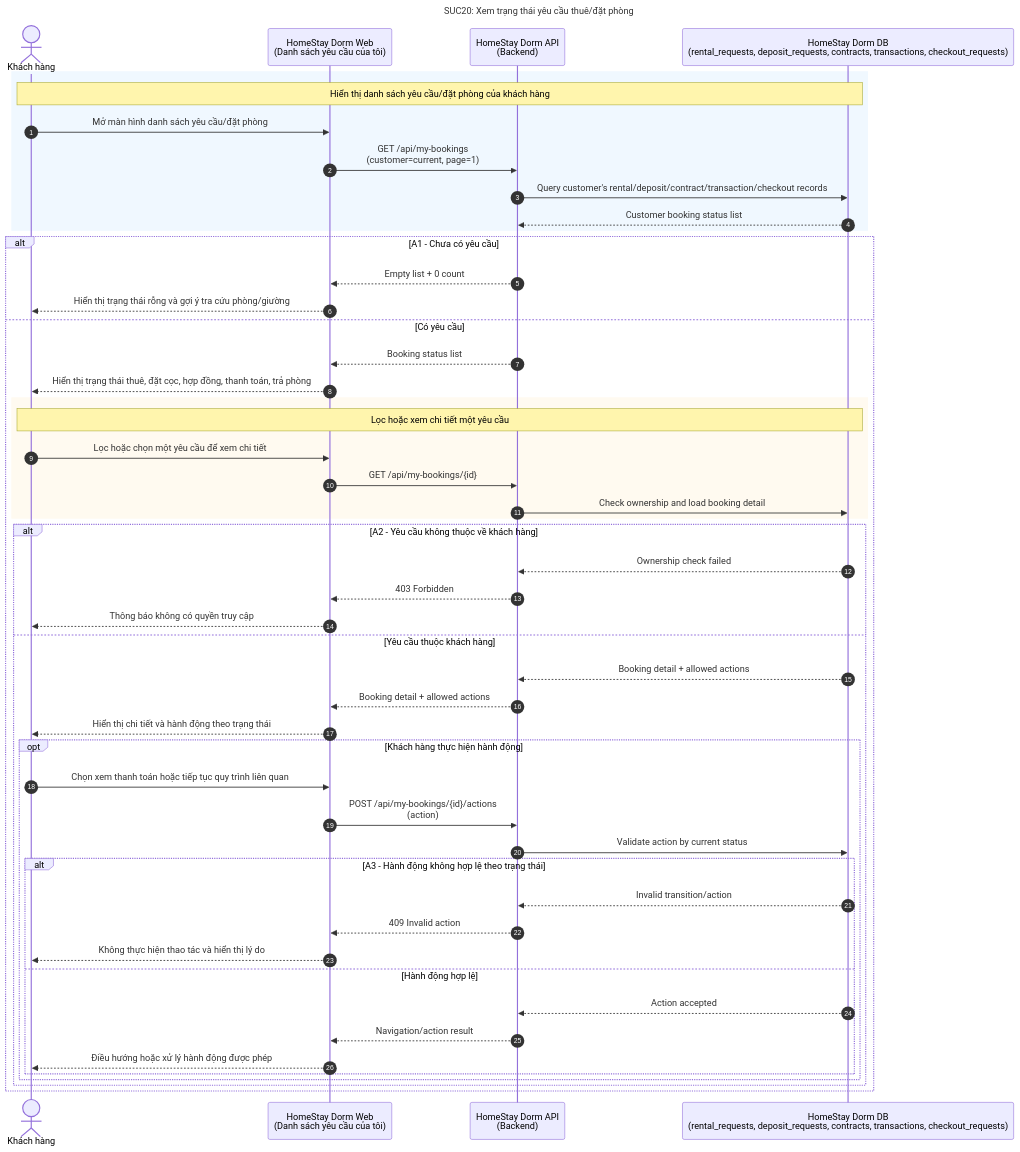
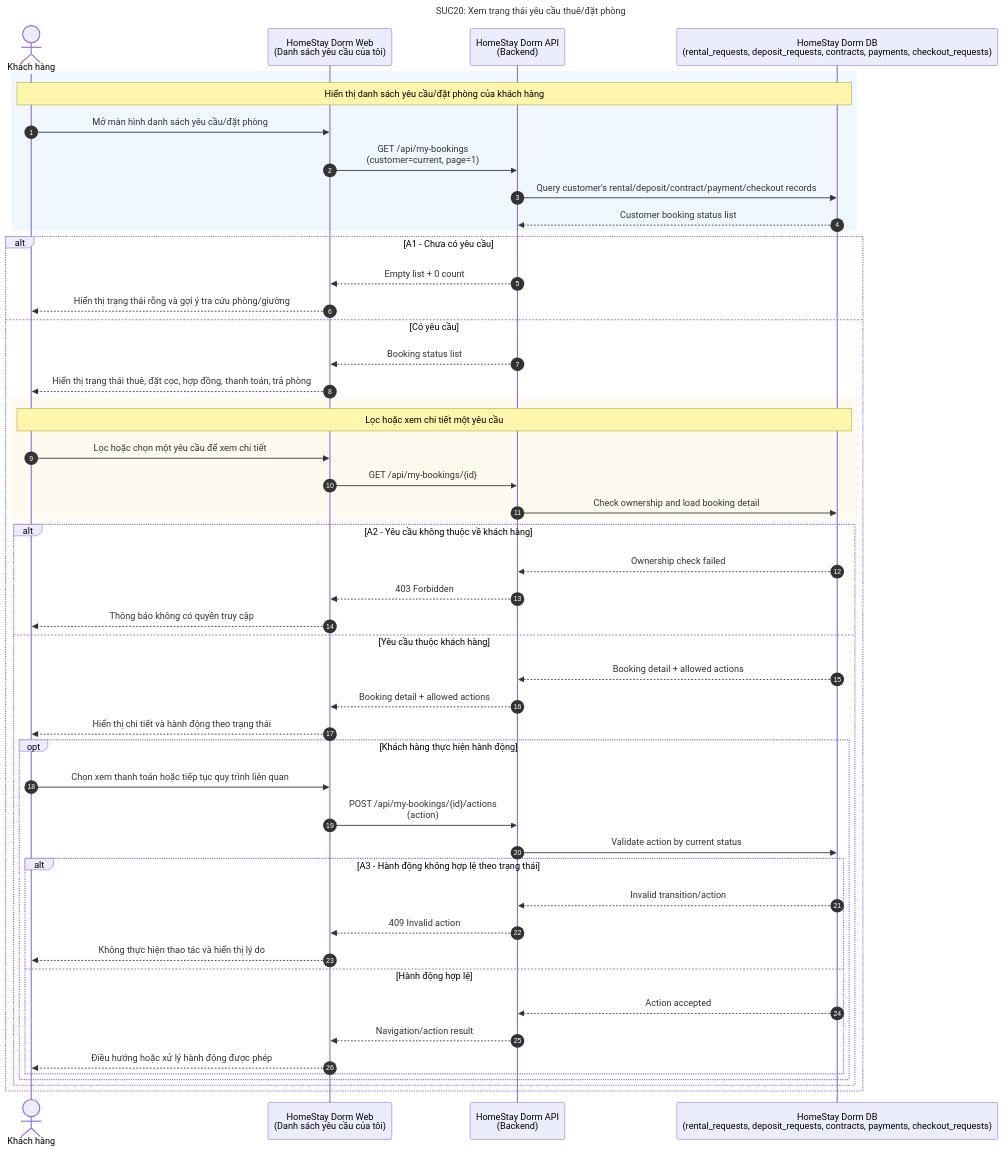
Before and after one commit to dinhdaivu/CSC12004_Information-Systems-Analysis-and-Design: the diagram in docs/SUC/SUC20-xem-trang-thai-yeu-cau-thue-dat-phong.mmd, drawn with Mermaid. The commit also changed 30 other files, not shown here.

Commit message:
docs: change transactions to payments (#8)

```diff
--- a/docs/SUC/SUC20-xem-trang-thai-yeu-cau-thue-dat-phong.mmd
+++ b/docs/SUC/SUC20-xem-trang-thai-yeu-cau-thue-dat-phong.mmd
@@ -1,55 +1,55 @@
 sequenceDiagram
     title SUC20: Xem trạng thái yêu cầu thuê/đặt phòng
     autonumber
     actor C as Khách hàng
     participant Web as HomeStay Dorm Web<br/>(Danh sách yêu cầu của tôi)
     participant API as HomeStay Dorm API<br/>(Backend)
-    participant DB as HomeStay Dorm DB<br/>(rental_requests, deposit_requests, contracts, transactions, checkout_requests)
+    participant DB as HomeStay Dorm DB<br/>(rental_requests, deposit_requests, contracts, payments, checkout_requests)
 
     rect rgb(240, 248, 255)
         Note over C, DB: Hiển thị danh sách yêu cầu/đặt phòng của khách hàng
         C->>Web: Mở màn hình danh sách yêu cầu/đặt phòng
         Web->>API: GET /api/my-bookings<br/>(customer=current, page=1)
-        API->>DB: Query customer's rental/deposit/contract/transaction/checkout records
+        API->>DB: Query customer's rental/deposit/contract/payment/checkout records
         DB-->>API: Customer booking status list
     end
 
     alt A1 - Chưa có yêu cầu
         API-->>Web: Empty list + 0 count
         Web-->>C: Hiển thị trạng thái rỗng và gợi ý tra cứu phòng/giường
     else Có yêu cầu
         API-->>Web: Booking status list
         Web-->>C: Hiển thị trạng thái thuê, đặt cọc, hợp đồng, thanh toán, trả phòng
 
         rect rgb(255, 250, 240)
             Note over C, DB: Lọc hoặc xem chi tiết một yêu cầu
             C->>Web: Lọc hoặc chọn một yêu cầu để xem chi tiết
             Web->>API: GET /api/my-bookings/{id}
             API->>DB: Check ownership and load booking detail
         end
 
         alt A2 - Yêu cầu không thuộc về khách hàng
             DB-->>API: Ownership check failed
             API-->>Web: 403 Forbidden
             Web-->>C: Thông báo không có quyền truy cập
         else Yêu cầu thuộc khách hàng
             DB-->>API: Booking detail + allowed actions
             API-->>Web: Booking detail + allowed actions
             Web-->>C: Hiển thị chi tiết và hành động theo trạng thái
 
             opt Khách hàng thực hiện hành động
                 C->>Web: Chọn xem thanh toán hoặc tiếp tục quy trình liên quan
                 Web->>API: POST /api/my-bookings/{id}/actions<br/>(action)
                 API->>DB: Validate action by current status
                 alt A3 - Hành động không hợp lệ theo trạng thái
                     DB-->>API: Invalid transition/action
                     API-->>Web: 409 Invalid action
                     Web-->>C: Không thực hiện thao tác và hiển thị lý do
                 else Hành động hợp lệ
                     DB-->>API: Action accepted
                     API-->>Web: Navigation/action result
                     Web-->>C: Điều hướng hoặc xử lý hành động được phép
                 end
             end
         end
     end
```
